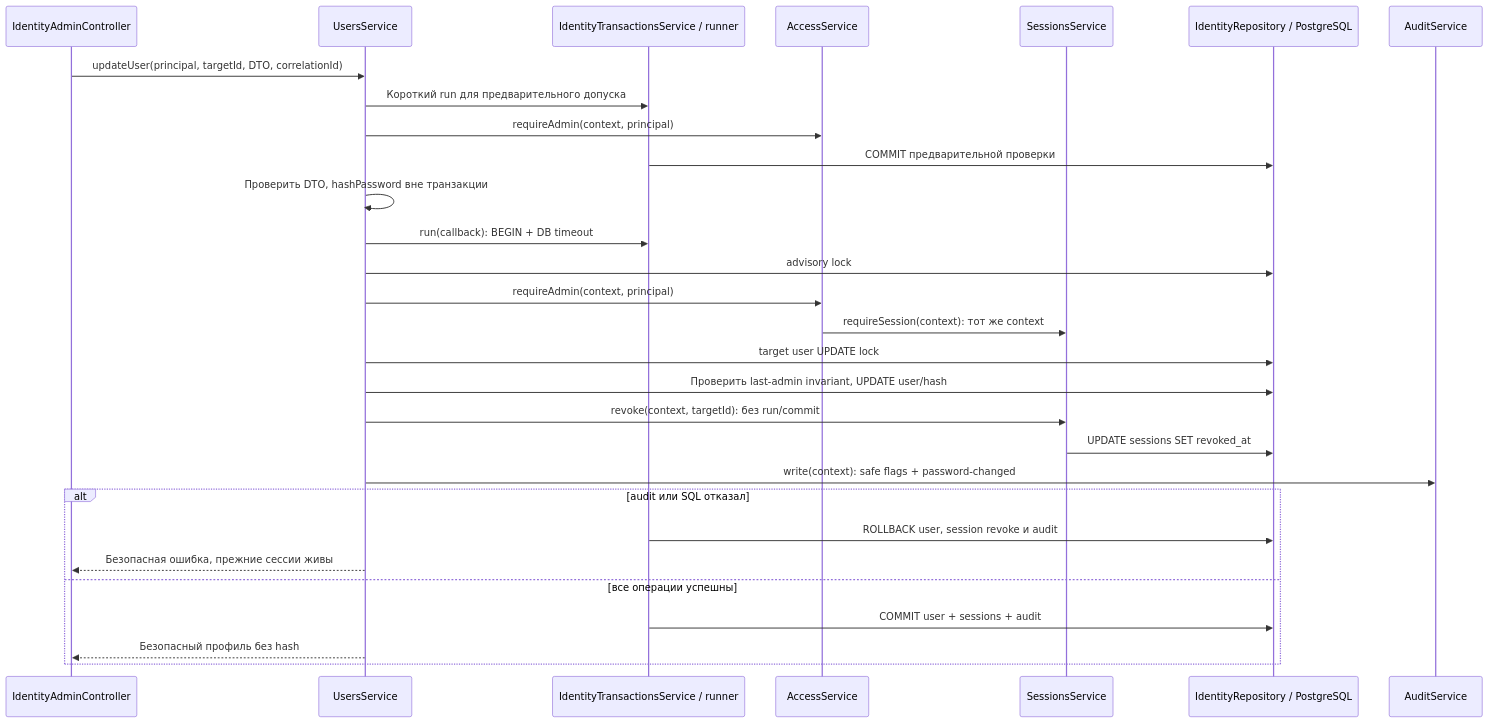
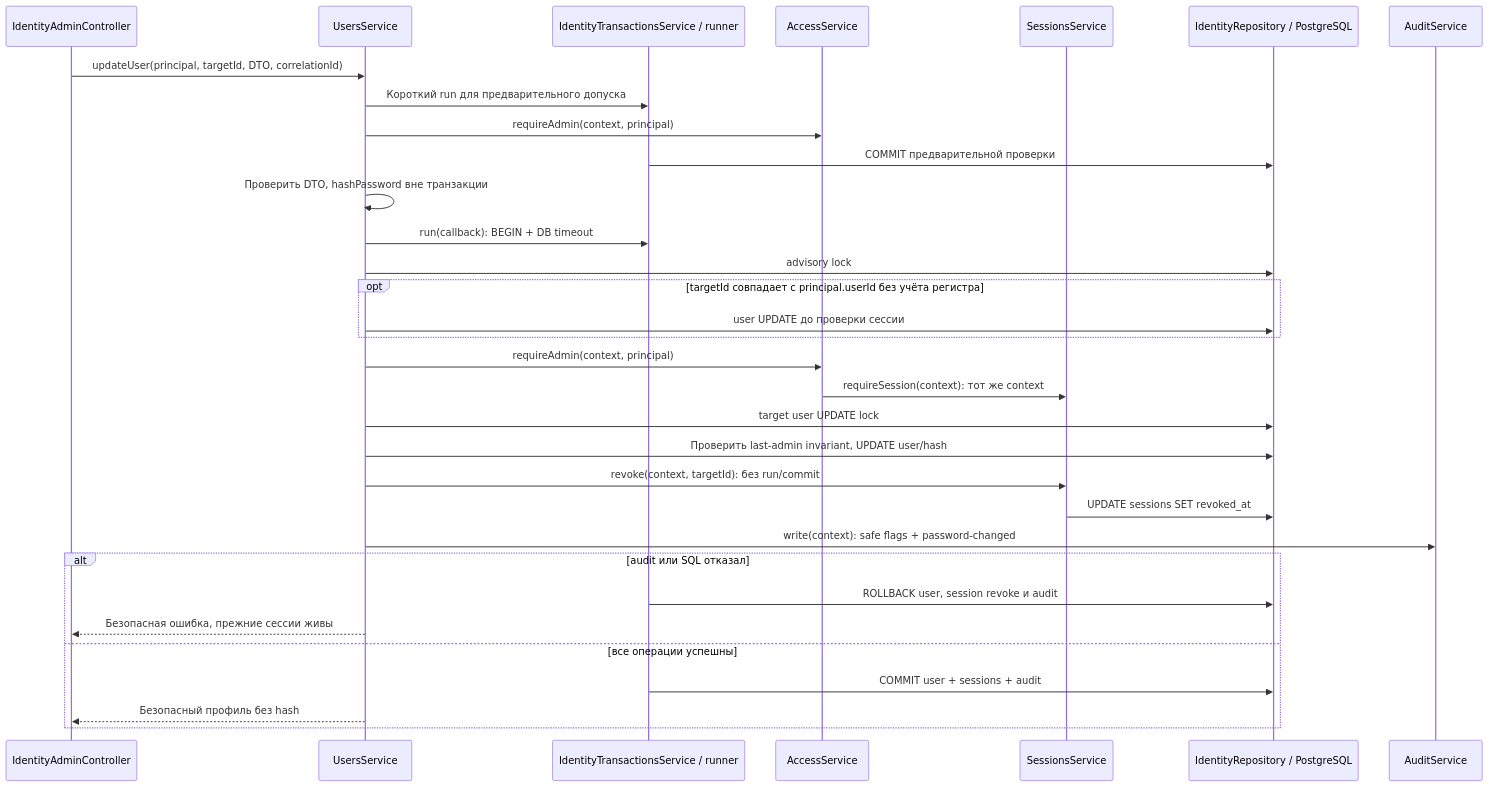
Before and after one commit to alekseishmidko/warehouse-control: the fifth of 8 diagrams in docs/flows/identity.md, drawn with Mermaid. The commit also changed other lines of this file and 26 other files, not shown here.

````diff
--- a/docs/flows/identity.md
+++ b/docs/flows/identity.md
@@ -220,31 +220,34 @@
 ```mermaid
 sequenceDiagram
   participant C as IdentityAdminController
   participant U as UsersService
   participant T as IdentityTransactionsService / runner
   participant A as AccessService
   participant S as SessionsService
   participant R as IdentityRepository / PostgreSQL
   participant AU as AuditService
   C->>U: updateUser(principal, targetId, DTO, correlationId)
   U->>T: Короткий run для предварительного допуска
   U->>A: requireAdmin(context, principal)
   T->>R: COMMIT предварительной проверки
   U->>U: Проверить DTO, hashPassword вне транзакции
   U->>T: run(callback): BEGIN + DB timeout
   U->>R: advisory lock
+  opt targetId совпадает с principal.userId без учёта регистра
+    U->>R: user UPDATE до проверки сессии
+  end
   U->>A: requireAdmin(context, principal)
   A->>S: requireSession(context): тот же context
   U->>R: target user UPDATE lock
   U->>R: Проверить last-admin invariant, UPDATE user/hash
   U->>S: revoke(context, targetId): без run/commit
   S->>R: UPDATE sessions SET revoked_at
   U->>AU: write(context): safe flags + password-changed
   alt audit или SQL отказал
     T->>R: ROLLBACK user, session revoke и audit
     U-->>C: Безопасная ошибка, прежние сессии живы
   else все операции успешны
     T->>R: COMMIT user + sessions + audit
     U-->>C: Безопасный профиль без hash
   end
 ```
````
